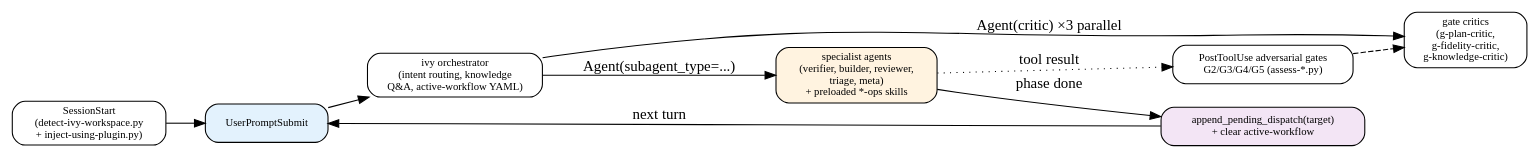
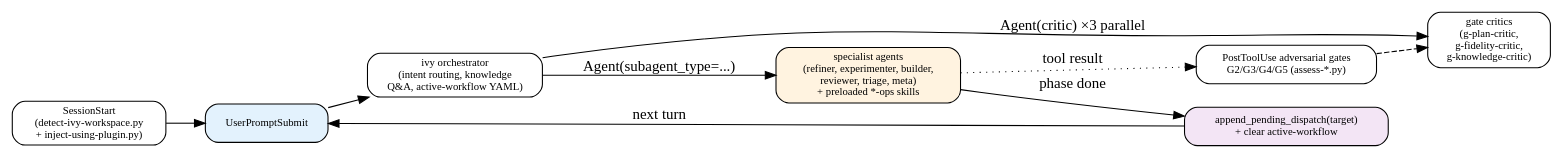
One commit to ElNiak/panther-ivy-plugin changed the diagram in plugins/panther-ivy-plugin/skills/README.md. Above: the diagram before and after it, drawn with Graphviz. The commit also changed other lines of this file and 22 other files, not shown here.

````diff
--- a/plugins/panther-ivy-plugin/skills/README.md
+++ b/plugins/panther-ivy-plugin/skills/README.md
@@ -17,25 +17,25 @@
 ```dot
 digraph plugin_runtime {
   rankdir=LR;
   node [shape=box, style=rounded, fontsize=10];
 
   start    [label="SessionStart\n(detect-ivy-workspace.py\n+ inject-using-plugin.py)"];
   prompt   [label="UserPromptSubmit", style="rounded,filled", fillcolor="#e3f2fd"];
   ivy      [label="ivy orchestrator\n(intent routing, knowledge\nQ&A, active-workflow YAML)"];
-  agents   [label="specialist agents\n(verifier, builder, reviewer,\ntriage, meta)\n+ preloaded *-ops skills",
+  agents   [label="specialist agents\n(refiner, experimenter, builder,\nreviewer, triage, meta)\n+ preloaded *-ops skills",
             style="rounded,filled", fillcolor="#fff3e0"];
   critics  [label="gate critics\n(g-plan-critic,\ng-fidelity-critic,\ng-knowledge-critic)"];
   hooks    [label="PostToolUse adversarial gates\nG2/G3/G4/G5 (assess-*.py)"];
   handoff  [label="append_pending_dispatch(target)\n+ clear active-workflow",
             style="rounded,filled", fillcolor="#f3e5f5"];
 
   start    -> prompt;
   prompt   -> ivy;
   ivy      -> agents  [label="Agent(subagent_type=...)"];
   ivy      -> critics [label="Agent(critic) ×3 parallel"];
   agents   -> hooks   [style=dotted, label="tool result"];
   hooks    -> critics [style=dashed];
   agents   -> handoff [label="phase done"];
   handoff  -> prompt  [label="next turn"];
 }
 ```
````
